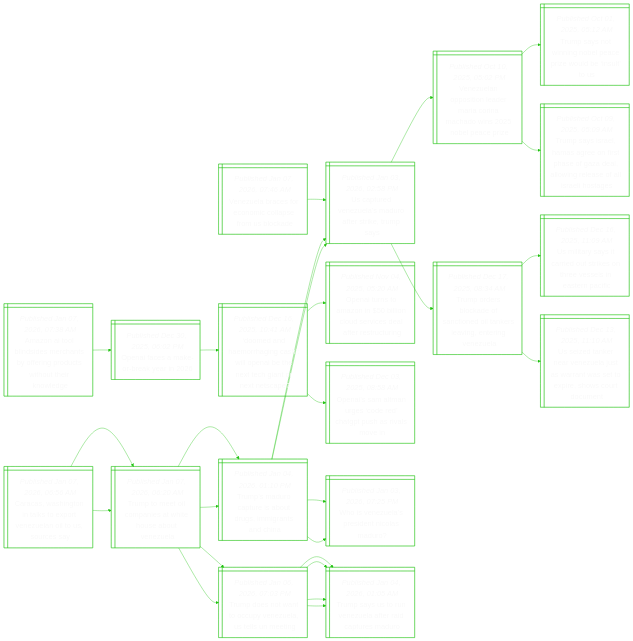
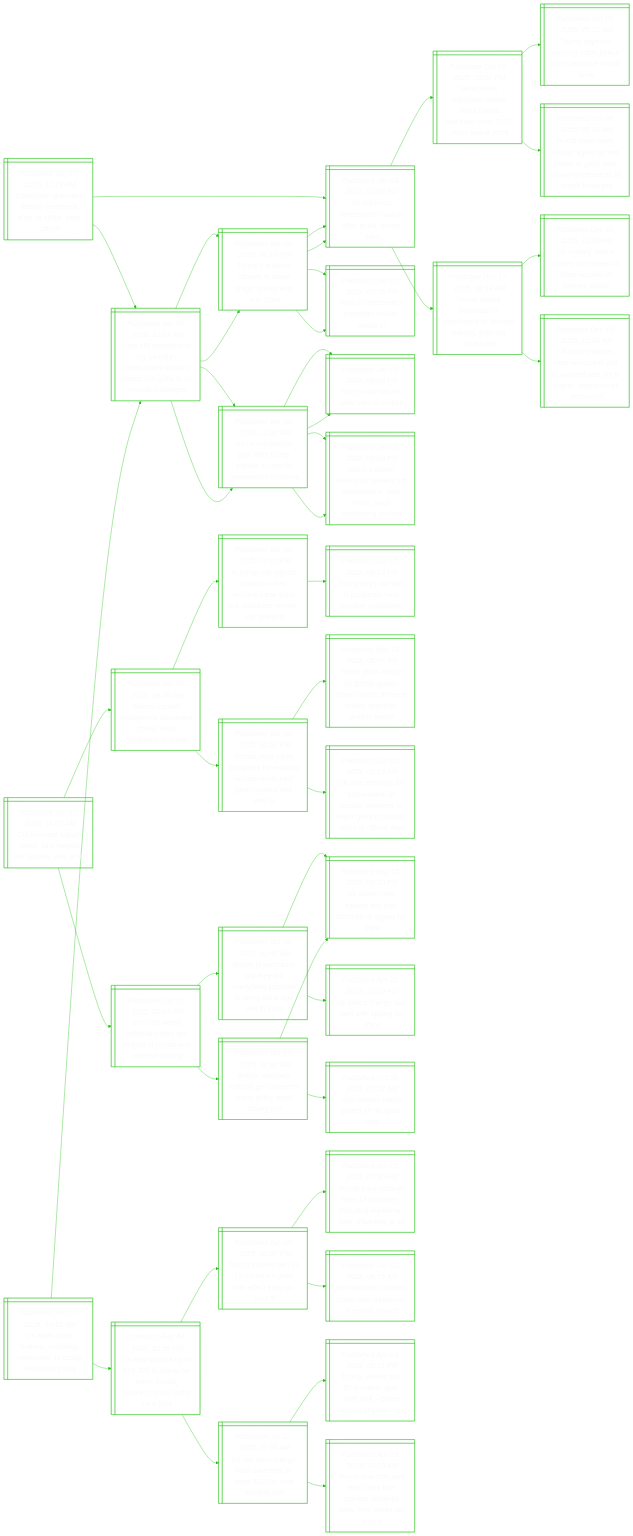
Before and after one commit to notJmes/notJmes: the diagram in README.md, drawn with Mermaid. The commit also changed other lines of this file, not shown here.

````diff
--- a/README.md
+++ b/README.md
@@ -16,8 +16,8 @@
 flowchart LR
 classDef txtsize font-size:20px;
 
-Vurfocarba@{ shape: win-pane, label: "_Published Jan 07, 2026, 07:46 AM_
-Venezuela braces for economic collapse from us blockade" }
+CbullgzaUiyi@{ shape: win-pane, label: "_Published Jan 07, 2026, 11:19 AM_
+Colombian guerrillas fleeing venezuela after us strike, says officer" }
 UtVuMorkms@{ shape: win-pane, label: "_Published Jan 03, 2026, 02:58 PM_
 Us captured venezuela’s maduro after strike, trump says" }
 Vuoilranhibai@{ shape: win-pane, label: "_Published Oct 10, 2025, 05:02 PM_
@@ -32,75 +32,123 @@
 Us military says it carried out strikes on three vessels in eastern pacific" }
 Uznenltrwtphoon@{ shape: win-pane, label: "_Published Dec 13, 2025, 11:10 AM_
 Us seized tanker near venezuela just as warrant was set to expire, shows court document" }
+Iienytnldlniorcr@{ shape: win-pane, label: "_Published Jan 06, 2026, 12:23 AM_
+‘i am still president of my country’: venezuela’s maduro pleads not guilty to us narcotics charges" }
+Tsrtstsgsh@{ shape: win-pane, label: "_Published Jan 04, 2026, 01:10 PM_
+Trump’s maduro capture is about drugs, immigrants and china" }
+UtVuMorkms@{ shape: win-pane, label: "_Published Jan 03, 2026, 02:58 PM_
+Us captured venezuela’s maduro after strike, trump says" }
+WVuPdisr@{ shape: win-pane, label: "_Published Jan 03, 2026, 07:25 PM_
+Who is venezuela’s president nicolas maduro?" }
+Ucnatugasnlss@{ shape: win-pane, label: "_Published Jan 06, 2026, 12:32 AM_
+Us oil companies gain after trump signals access to venezuela’s reserves" }
+Tnsenm@{ shape: win-pane, label: "_Published Jan 05, 2026, 06:00 PM_
+Trump now has his very own oil empire" }
+Aanetrtziksoree@{ shape: win-pane, label: "_Published Jan 05, 2026, 06:00 PM_
+About a dozen loaded oil tankers left venezuela in dark mode, says monitoring service" }
 
-Vurfocarba:::txtsize --> UtVuMorkms:::txtsize
+CbullgzaUiyi:::txtsize --> UtVuMorkms:::txtsize
 UtVuMorkms:::txtsize --> Vuoilranhibai:::txtsize
 Vuoilranhibai:::txtsize --> TsonoeroelS:::txtsize
 Vuoilranhibai:::txtsize --> TssHaossaaorslaoe:::txtsize
 UtVuMorkms:::txtsize --> Toskftdasitgz:::txtsize
 Toskftdasitgz:::txtsize --> Uistitktvlanf:::txtsize
 Toskftdasitgz:::txtsize --> Uznenltrwtphoon:::txtsize
+CbullgzaUiyi:::txtsize --> Iienytnldlniorcr:::txtsize
+Iienytnldlniorcr:::txtsize --> Tsrtstsgsh:::txtsize
+Tsrtstsgsh:::txtsize --> UtVuMorkms:::txtsize
+Tsrtstsgsh:::txtsize --> WVuPdisr:::txtsize
+Iienytnldlniorcr:::txtsize --> Ucnatugasnlss:::txtsize
+Ucnatugasnlss:::txtsize --> Tnsenm:::txtsize
+Ucnatugasnlss:::txtsize --> Aanetrtziksoree:::txtsize
 
-Anonecsfguitrl@{ shape: win-pane, label: "_Published Jan 07, 2026, 07:38 AM_
-Amazon ai tool blindsides merchants by offering products without their knowledge" }
-OIseea@{ shape: win-pane, label: "_Published Dec 30, 2025, 06:02 PM_
-Openai faces a make-or-break year in 2026" }
-DdarnhOIetirNa@{ shape: win-pane, label: "_Published Dec 16, 2025, 10:41 AM_
-‘doomed and haemorrhaging cash’: will openai be the next tech giant or next netscape?" }
-OIsaniorsarui@{ shape: win-pane, label: "_Published Nov 04, 2025, 05:20 AM_
-Openai turns to amazon in $50 billion cloud services deal after restructuring" }
-OIAnsrapsle@{ shape: win-pane, label: "_Published Dec 03, 2025, 08:58 AM_
-Openai’s sam altman urges ‘code red’ chatgpt push as rivals move in" }
+Crtiehdosa@{ shape: win-pane, label: "_Published Jan 07, 2026, 11:07 AM_
+Cia turncoat aldrich ames, who helped the soviets, dies at 84" }
+Stitgdeoepni@{ shape: win-pane, label: "_Published Jun 08, 2025, 08:00 AM_
+Secret russian intelligence document shows deep suspicion of china" }
+Xmlalalsrautsias@{ shape: win-pane, label: "_Published Jun 06, 2025, 09:20 PM_
+Xi-trump call signals political will to resume trade talks but obstacles remain, say analysts" }
+Tsatreytos@{ shape: win-pane, label: "_Published Jun 05, 2025, 09:33 PM_
+Trump says call with xi produced ‘very positive conclusion’" }
+RabpeoinasgrdwS@{ shape: win-pane, label: "_Published Jun 06, 2025, 02:51 PM_
+Russia sees bleak prospects for expiring nuclear arms pact given ‘ruined’ ties with us" }
+TpdnGnmlehanolr@{ shape: win-pane, label: "_Published May 21, 2025, 05:07 AM_
+Trump picks design for $226b golden dome missile defence shield, appoints project leader" }
+Untbotunemgducyca@{ shape: win-pane, label: "_Published Jun 02, 2025, 03:13 AM_
+Ukraine destroys $9 billion worth of russian bombers in major ground assault, security official says" }
+Uwpisarosdey@{ shape: win-pane, label: "_Published Oct 14, 2025, 02:14 AM_
+Uk’s mi5 warns politicians they are targets of russia and chinese spying" }
+Bssoydeiseiiylu@{ shape: win-pane, label: "_Published Oct 08, 2025, 03:47 AM_
+British prosecutors say they did ‘everything possible’ to bring china spy trial to court" }
+Upenocdyon@{ shape: win-pane, label: "_Published Sep 15, 2025, 06:20 PM_
+Uk drops case against two men accused of spying for china" }
+Uiawwpfi@{ shape: win-pane, label: "_Published Apr 22, 2024, 10:10 PM_
+Uk police charge two men with spying for china" }
+BsisiPrCpysg@{ shape: win-pane, label: "_Published Oct 13, 2025, 06:42 AM_
+British ministers criticise pm starmer’s china policy amid spying row" }
+Upenocdyon@{ shape: win-pane, label: "_Published Sep 15, 2025, 06:20 PM_
+Uk drops case against two men accused of spying for china" }
+Hnruosd@{ shape: win-pane, label: "_Published Oct 09, 2025, 09:32 AM_
+How donald trump pulled off his gaza deal" }
 
-Anonecsfguitrl:::txtsize --> OIseea:::txtsize
-OIseea:::txtsize --> DdarnhOIetirNa:::txtsize
-DdarnhOIetirNa:::txtsize --> OIsaniorsarui:::txtsize
-DdarnhOIetirNa:::txtsize --> OIAnsrapsle:::txtsize
+Crtiehdosa:::txtsize --> Stitgdeoepni:::txtsize
+Stitgdeoepni:::txtsize --> Xmlalalsrautsias:::txtsize
+Xmlalalsrautsias:::txtsize --> Tsatreytos:::txtsize
+Stitgdeoepni:::txtsize --> RabpeoinasgrdwS:::txtsize
+RabpeoinasgrdwS:::txtsize --> TpdnGnmlehanolr:::txtsize
+RabpeoinasgrdwS:::txtsize --> Untbotunemgducyca:::txtsize
+Crtiehdosa:::txtsize --> Uwpisarosdey:::txtsize
+Uwpisarosdey:::txtsize --> Bssoydeiseiiylu:::txtsize
+Bssoydeiseiiylu:::txtsize --> Upenocdyon:::txtsize
+Bssoydeiseiiylu:::txtsize --> Uiawwpfi:::txtsize
+Uwpisarosdey:::txtsize --> BsisiPrCpysg:::txtsize
+BsisiPrCpysg:::txtsize --> Upenocdyon:::txtsize
+BsisiPrCpysg:::txtsize --> Hnruosd:::txtsize
 
-Cahoaoreatos@{ shape: win-pane, label: "_Published Jan 07, 2026, 06:56 AM_
-Caracas, washington in talks to export venezuelan oil to us, sources say" }
-TttoiWHaVu@{ shape: win-pane, label: "_Published Jan 07, 2026, 06:20 AM_
-Trump to meet oil companies at white house about venezuela" }
+Usnnlgzttsdc@{ shape: win-pane, label: "_Published Jan 07, 2026, 10:51 AM_
+Us adds more nations, including venezuela, to costly visa bond policy" }
+Uieidsotnineo@{ shape: win-pane, label: "_Published Aug 04, 2025, 10:59 PM_
+Us may impose up to $19,300 in bonds for some tourist, business visas under new pilot" }
+Tseonsifeoe@{ shape: win-pane, label: "_Published Jun 08, 2025, 06:07 PM_
+Trump’s travel ban on 12 countries goes into effect early on june 9" }
+Tbinmtidyrtlt@{ shape: win-pane, label: "_Published Jun 05, 2025, 07:46 AM_
+Trump bans citizens from 12 countries, including myanmar, from travelling to us" }
+MtCaoteslu@{ shape: win-pane, label: "_Published Jun 02, 2025, 06:15 AM_
+Man attacks colorado crowd with firebombs, 8 people injured" }
+Ulcetlaritt@{ shape: win-pane, label: "_Published Jul 22, 2025, 11:35 AM_
+Us will soon charge most travellers an extra $320 in ‘visa integrity fee’" }
+Tulsloraesfn@{ shape: win-pane, label: "_Published Apr 04, 2025, 05:11 PM_
+Trump unveils first $6.6 million ‘gold card’ visa – pricey version of green card" }
+Tvudfeneusfmaa@{ shape: win-pane, label: "_Published Apr 22, 2025, 10:39 AM_
+Trump visa cuts and tariff hikes turn chinese students away from american dream" }
+Iienytnldlniorcr@{ shape: win-pane, label: "_Published Jan 06, 2026, 12:23 AM_
+‘i am still president of my country’: venezuela’s maduro pleads not guilty to us narcotics charges" }
 Tsrtstsgsh@{ shape: win-pane, label: "_Published Jan 04, 2026, 01:10 PM_
 Trump’s maduro capture is about drugs, immigrants and china" }
 UtVuMorkms@{ shape: win-pane, label: "_Published Jan 03, 2026, 02:58 PM_
 Us captured venezuela’s maduro after strike, trump says" }
 WVuPdisr@{ shape: win-pane, label: "_Published Jan 03, 2026, 07:25 PM_
 Who is venezuela’s president nicolas maduro?" }
-TdotceetUt@{ shape: win-pane, label: "_Published Jan 06, 2026, 07:03 PM_
-Trump does not want to occupy venezuela, us tells un meeting" }
-TsSnzaraeu@{ shape: win-pane, label: "_Published Jan 04, 2026, 01:05 AM_
-Trump says us to run venezuela after raid captures maduro" }
-TsSnzaraeu@{ shape: win-pane, label: "_Published Jan 04, 2026, 01:05 AM_
-Trump says us to run venezuela after raid captures maduro" }
-TttoiWHaVu@{ shape: win-pane, label: "_Published Jan 07, 2026, 06:20 AM_
-Trump to meet oil companies at white house about venezuela" }
-Tsrtstsgsh@{ shape: win-pane, label: "_Published Jan 04, 2026, 01:10 PM_
-Trump’s maduro capture is about drugs, immigrants and china" }
-UtVuMorkms@{ shape: win-pane, label: "_Published Jan 03, 2026, 02:58 PM_
-Us captured venezuela’s maduro after strike, trump says" }
-WVuPdisr@{ shape: win-pane, label: "_Published Jan 03, 2026, 07:25 PM_
-Who is venezuela’s president nicolas maduro?" }
-TdotceetUt@{ shape: win-pane, label: "_Published Jan 06, 2026, 07:03 PM_
-Trump does not want to occupy venezuela, us tells un meeting" }
-TsSnzaraeu@{ shape: win-pane, label: "_Published Jan 04, 2026, 01:05 AM_
-Trump says us to run venezuela after raid captures maduro" }
-TsSnzaraeu@{ shape: win-pane, label: "_Published Jan 04, 2026, 01:05 AM_
-Trump says us to run venezuela after raid captures maduro" }
+Ucnatugasnlss@{ shape: win-pane, label: "_Published Jan 06, 2026, 12:32 AM_
+Us oil companies gain after trump signals access to venezuela’s reserves" }
+Tnsenm@{ shape: win-pane, label: "_Published Jan 05, 2026, 06:00 PM_
+Trump now has his very own oil empire" }
+Aanetrtziksoree@{ shape: win-pane, label: "_Published Jan 05, 2026, 06:00 PM_
+About a dozen loaded oil tankers left venezuela in dark mode, says monitoring service" }
 
-Cahoaoreatos:::txtsize --> TttoiWHaVu:::txtsize
-TttoiWHaVu:::txtsize --> Tsrtstsgsh:::txtsize
+Usnnlgzttsdc:::txtsize --> Uieidsotnineo:::txtsize
+Uieidsotnineo:::txtsize --> Tseonsifeoe:::txtsize
+Tseonsifeoe:::txtsize --> Tbinmtidyrtlt:::txtsize
+Tseonsifeoe:::txtsize --> MtCaoteslu:::txtsize
+Uieidsotnineo:::txtsize --> Ulcetlaritt:::txtsize
+Ulcetlaritt:::txtsize --> Tulsloraesfn:::txtsize
+Ulcetlaritt:::txtsize --> Tvudfeneusfmaa:::txtsize
+Usnnlgzttsdc:::txtsize --> Iienytnldlniorcr:::txtsize
+Iienytnldlniorcr:::txtsize --> Tsrtstsgsh:::txtsize
 Tsrtstsgsh:::txtsize --> UtVuMorkms:::txtsize
 Tsrtstsgsh:::txtsize --> WVuPdisr:::txtsize
-TttoiWHaVu:::txtsize --> TdotceetUt:::txtsize
-TdotceetUt:::txtsize --> TsSnzaraeu:::txtsize
-TdotceetUt:::txtsize --> TsSnzaraeu:::txtsize
-Cahoaoreatos:::txtsize --> TttoiWHaVu:::txtsize
-TttoiWHaVu:::txtsize --> Tsrtstsgsh:::txtsize
-Tsrtstsgsh:::txtsize --> UtVuMorkms:::txtsize
-Tsrtstsgsh:::txtsize --> WVuPdisr:::txtsize
-TttoiWHaVu:::txtsize --> TdotceetUt:::txtsize
-TdotceetUt:::txtsize --> TsSnzaraeu:::txtsize
-TdotceetUt:::txtsize --> TsSnzaraeu:::txtsize
+Iienytnldlniorcr:::txtsize --> Ucnatugasnlss:::txtsize
+Ucnatugasnlss:::txtsize --> Tnsenm:::txtsize
+Ucnatugasnlss:::txtsize --> Aanetrtziksoree:::txtsize
 
 ```
````
